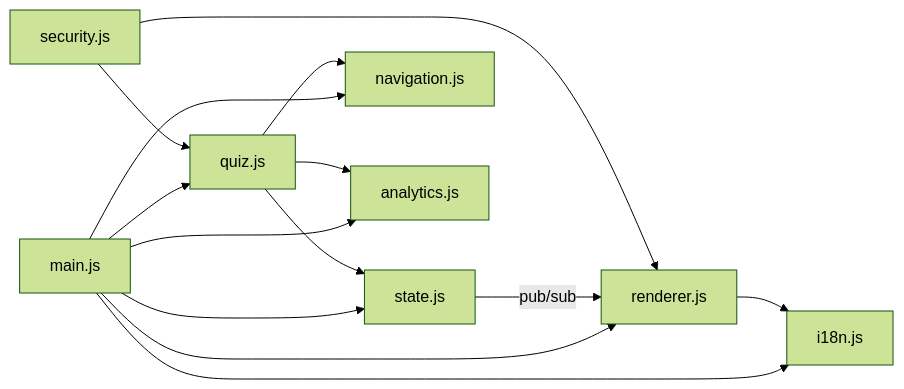
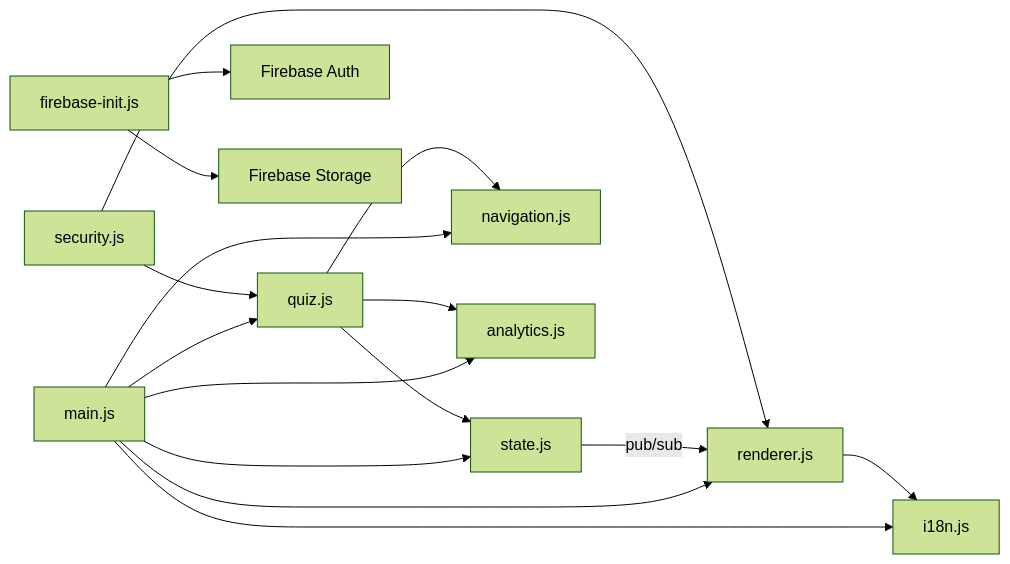
The diagram in README.md (yadavkanishk007-crypto/navigator2), drawn with Mermaid (forest theme) before and after one commit. The commit also changed other lines of this file and 2 other files, not shown here.

````diff
--- a/README.md
+++ b/README.md
@@ -82,16 +84,18 @@
 ```mermaid
 graph LR
     A[main.js] --> B[state.js]
     A --> C[renderer.js]
     A --> D[navigation.js]
     A --> E[quiz.js]
     A --> F[i18n.js]
     A --> G[analytics.js]
+    I[firebase-init.js] --> J[Firebase Auth]
+    I --> K[Firebase Storage]
     B -->|pub/sub| C
     E --> D
     E --> B
     C --> F
     E --> G
     H[security.js] --> C
     H --> E
 ```
````
